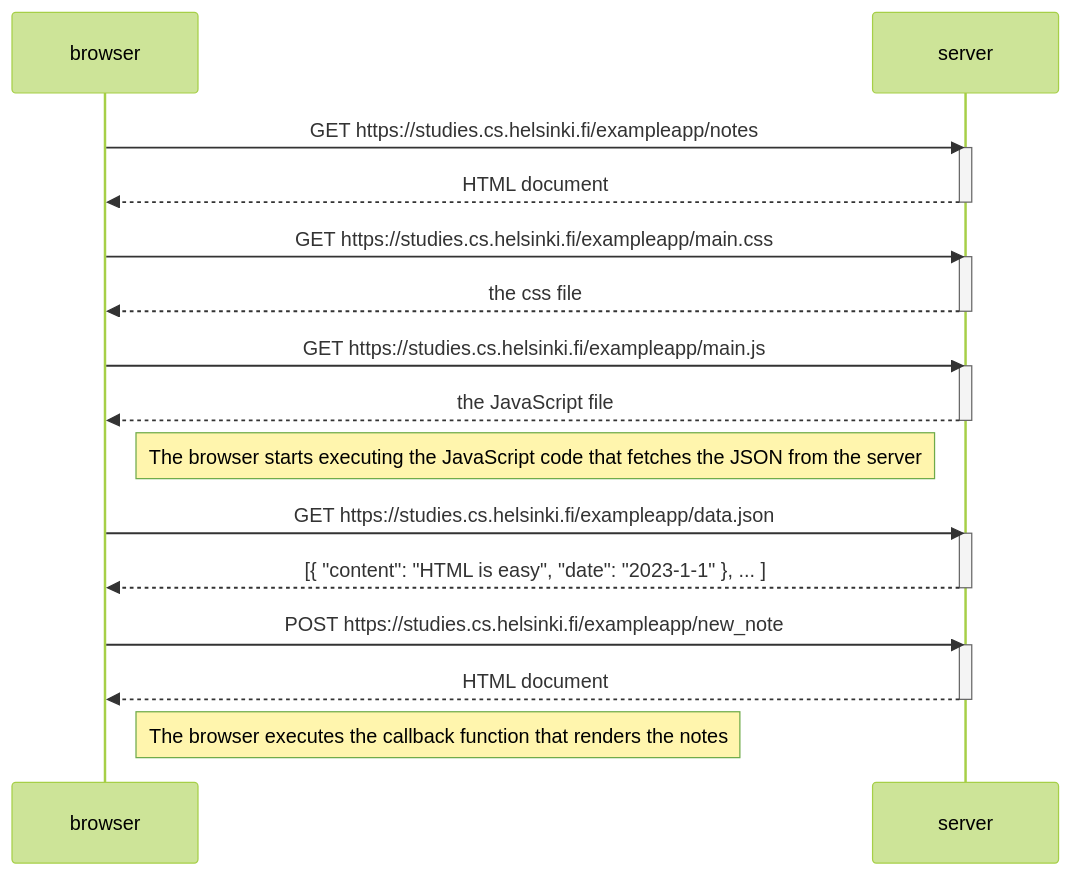
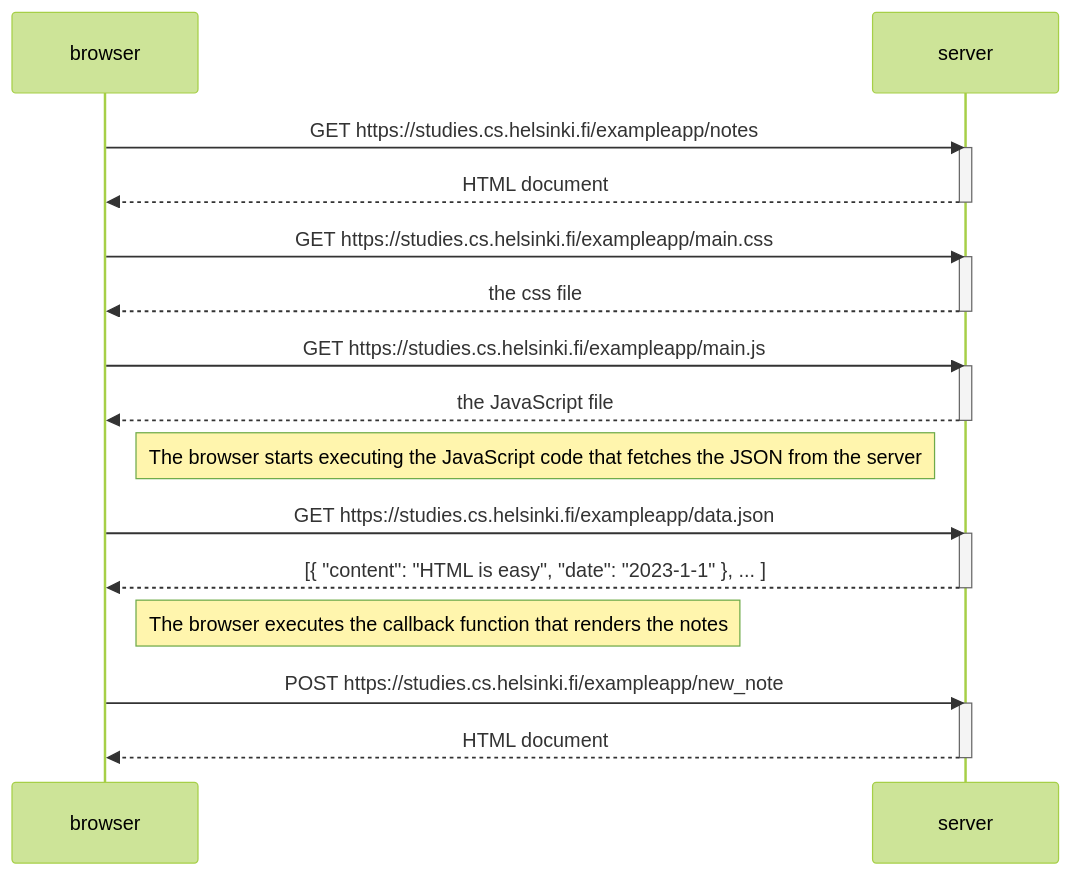
One commit to TorriEetu/palauitusrepositorio changed the diagram in osa0/04sequence.md. Above: the diagram before and after it, drawn with Mermaid (forest theme).

````diff
--- a/osa0/04sequence.md
+++ b/osa0/04sequence.md
@@ -1,35 +1,36 @@
 ```mermaid
 sequenceDiagram
     participant browser
     participant server
     
     
     browser->>server: GET https://studies.cs.helsinki.fi/exampleapp/notes
     activate server
     server-->>browser: HTML document
     deactivate server
     
     browser->>server: GET https://studies.cs.helsinki.fi/exampleapp/main.css
     activate server
     server-->>browser: the css file
     deactivate server
     
     browser->>server: GET https://studies.cs.helsinki.fi/exampleapp/main.js
     activate server
     server-->>browser: the JavaScript file
     deactivate server
     
     Note right of browser: The browser starts executing the JavaScript code that fetches the JSON from the server
     
     browser->>server: GET https://studies.cs.helsinki.fi/exampleapp/data.json
     activate server
     server-->>browser: [{ "content": "HTML is easy", "date": "2023-1-1" }, ... ]
     deactivate server    
 
+    Note right of browser: The browser executes the callback function that renders the notes 
+    
     browser->>server: POST https://studies.cs.helsinki.fi/exampleapp/new_note
     activate server
     server-->>browser: HTML document
     deactivate server
     
-    Note right of browser: The browser executes the callback function that renders the notes 
 ```
````
